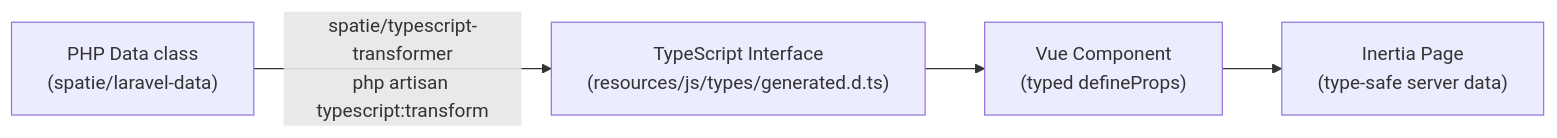
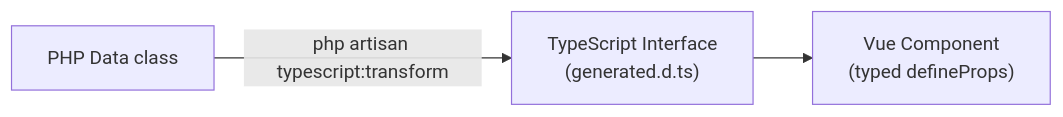
One commit to Max-Nijenkamp/FlowFlex changed the second of 2 diagrams in vault/architecture/tech-stack.md. Above: the diagram before and after it, drawn with Mermaid. The commit also changed other lines of this file and 679 other files, not shown here.

````diff
--- a/vault/architecture/tech-stack.md
+++ b/vault/architecture/tech-stack.md
@@ -123,7 +169,5 @@
 ```mermaid
 graph LR
-    DTO["PHP Data class\n(spatie/laravel-data)"]
-    -->|"spatie/typescript-transformer\nphp artisan typescript:transform"| TS["TypeScript Interface\n(resources/js/types/generated.d.ts)"]
-    --> Vue["Vue Component\n(typed defineProps)"]
-    --> Inertia["Inertia Page\n(type-safe server data)"]
+    DTO["PHP Data class"] -->|"php artisan typescript:transform"| TS["TypeScript Interface\n(generated.d.ts)"]
+    TS --> Vue["Vue Component\n(typed defineProps)"]
 ```
````
